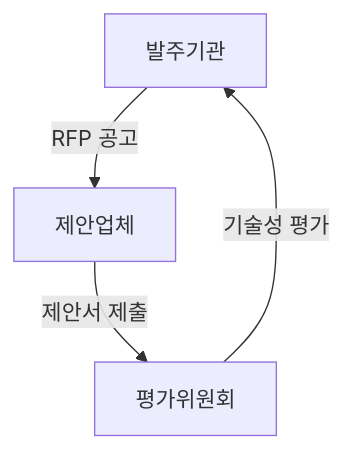
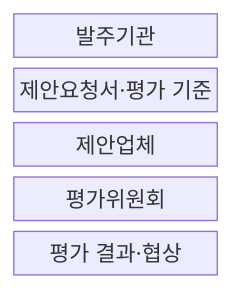
Before and after one commit to agnusdei1207/knowledge-base: the first of 2 diagrams in src/content/docs/notes/07-law-policy/019_sw_technology_evaluation.md, drawn with Mermaid. The commit also changed other lines of this file and 9 other files, not shown here.

````diff
--- a/src/content/docs/notes/07-law-policy/019_sw_technology_evaluation.md
+++ b/src/content/docs/notes/07-law-policy/019_sw_technology_evaluation.md
@@ -54,6 +51,9 @@
 ```mermaid
-flowchart TD
-    발주기관["발주기관"] -- RFP 공고 --> 제안업체["제안업체"]
-    제안업체 -- 제안서 제출 --> 평가위원회["평가위원회"]
-    평가위원회 -- 기술성 평가 --> 발주기관
+block-beta
+    columns 1
+    A["발주기관"]
+    B["제안요청서·평가 기준"]
+    C["제안업체"]
+    D["평가위원회"]
+    E["평가 결과·협상"]
 ```
````
